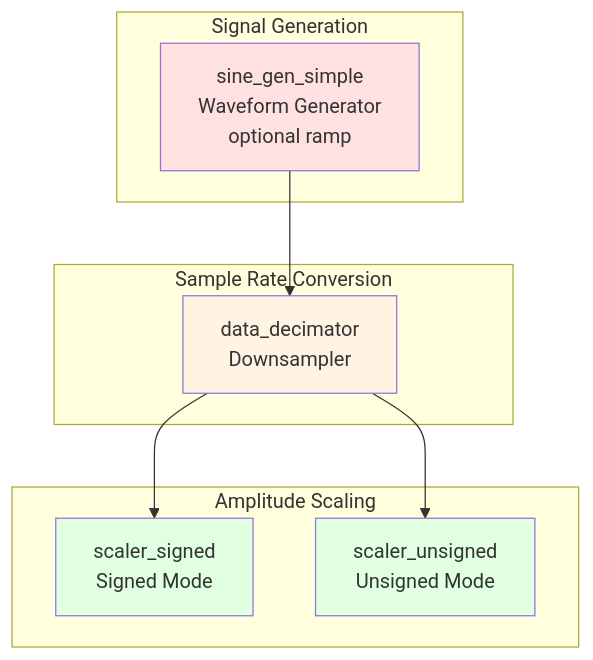
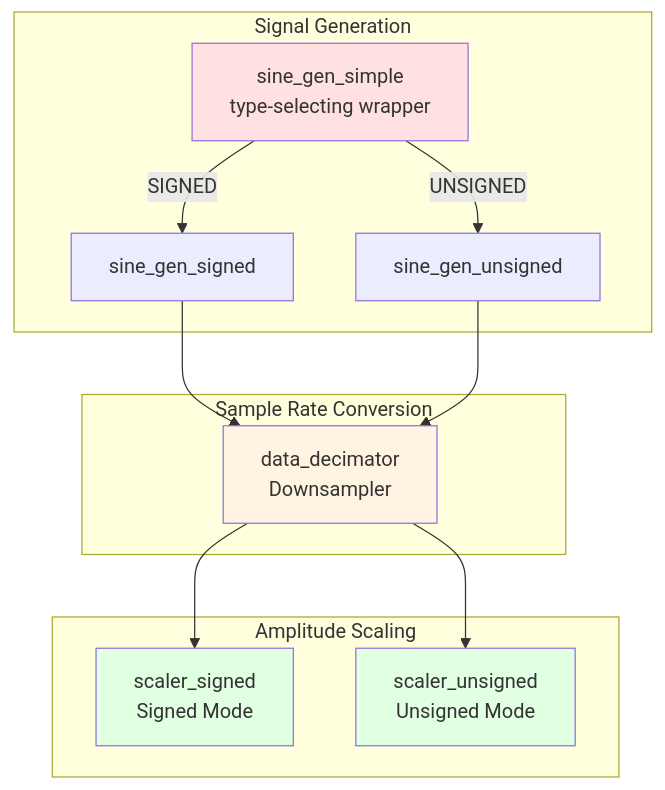
The first of 11 diagrams in docs/src/signal_chain/README.md (ekazakov1507/pwm_demo), drawn with Mermaid before and after one commit. The commit also changed other lines of this file and 7 other files, not shown here.

Commit message:
Split sine generator by data type

````diff
--- a/docs/src/signal_chain/README.md
+++ b/docs/src/signal_chain/README.md
@@ -14,24 +16,29 @@
 ```mermaid
 graph TB
     subgraph "Signal Generation"
-        SINE[sine_gen_simple<br/>Waveform Generator<br/>optional ramp]
+        SINE[sine_gen_simple<br/>type-selecting wrapper]
+        SINE_S[sine_gen_signed]
+        SINE_U[sine_gen_unsigned]
     end
 
     subgraph "Sample Rate Conversion"
         DEC[data_decimator<br/>Downsampler]
     end
 
     subgraph "Amplitude Scaling"
         SCALER_S[scaler_signed<br/>Signed Mode]
         SCALER_U[scaler_unsigned<br/>Unsigned Mode]
     end
 
-    SINE --> DEC
+    SINE -->|SIGNED| SINE_S
+    SINE -->|UNSIGNED| SINE_U
+    SINE_S --> DEC
+    SINE_U --> DEC
     DEC --> SCALER_S
     DEC --> SCALER_U
 
     style SINE fill:#ffe1e1
     style DEC fill:#fff4e1
     style SCALER_S fill:#e1ffe1
     style SCALER_U fill:#e1ffe1
 ```
````
